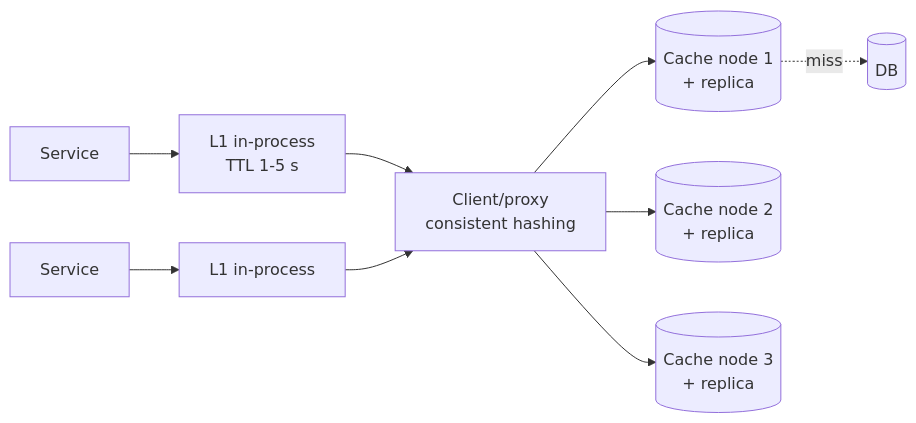
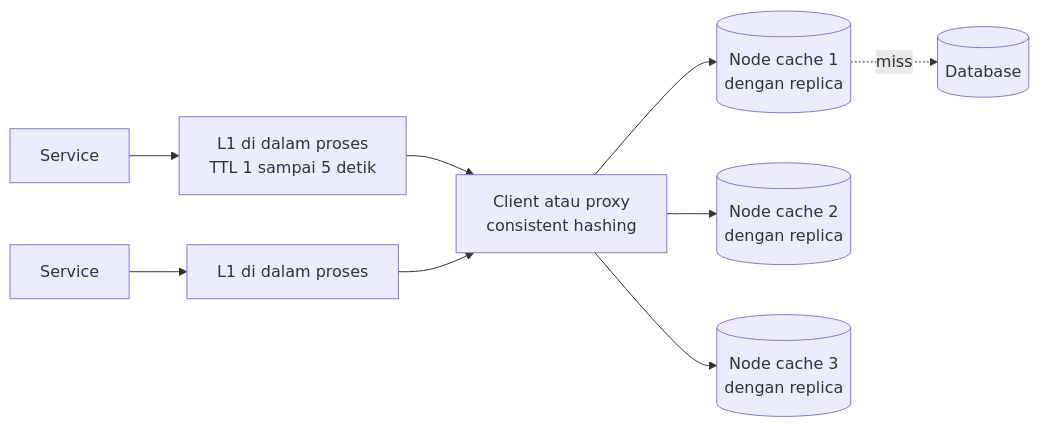
Before and after one commit to andreanpradanaa/sysdesign-lab: the second of 2 diagrams in src/content/lessons/bagian-2/distributed-cache.mdx, drawn with Mermaid. The commit also changed other lines of this file and 18 other files, not shown here.

````diff
--- a/src/content/lessons/bagian-2/distributed-cache.mdx
+++ b/src/content/lessons/bagian-2/distributed-cache.mdx
@@ -163,11 +167,11 @@
 ```mermaid
 flowchart LR
-  S1[Service] --> L1a[L1 in-process\nTTL 1-5 s]
-  S2[Service] --> L1b[L1 in-process]
-  L1a --> P[Client/proxy\nconsistent hashing]
+  S1[Service] --> L1a[L1 di dalam proses\nTTL 1 sampai 5 detik]
+  S2[Service] --> L1b[L1 di dalam proses]
+  L1a --> P[Client atau proxy\nconsistent hashing]
   L1b --> P
-  P --> N1[(Cache node 1\n+ replica)]
-  P --> N2[(Cache node 2\n+ replica)]
-  P --> N3[(Cache node 3\n+ replica)]
-  N1 -. miss .-> DB[(DB)]
+  P --> N1[("Node cache 1\ndengan replica")]
+  P --> N2[("Node cache 2\ndengan replica")]
+  P --> N3[("Node cache 3\ndengan replica")]
+  N1 -. miss .-> DB[(Database)]
 ```
````
